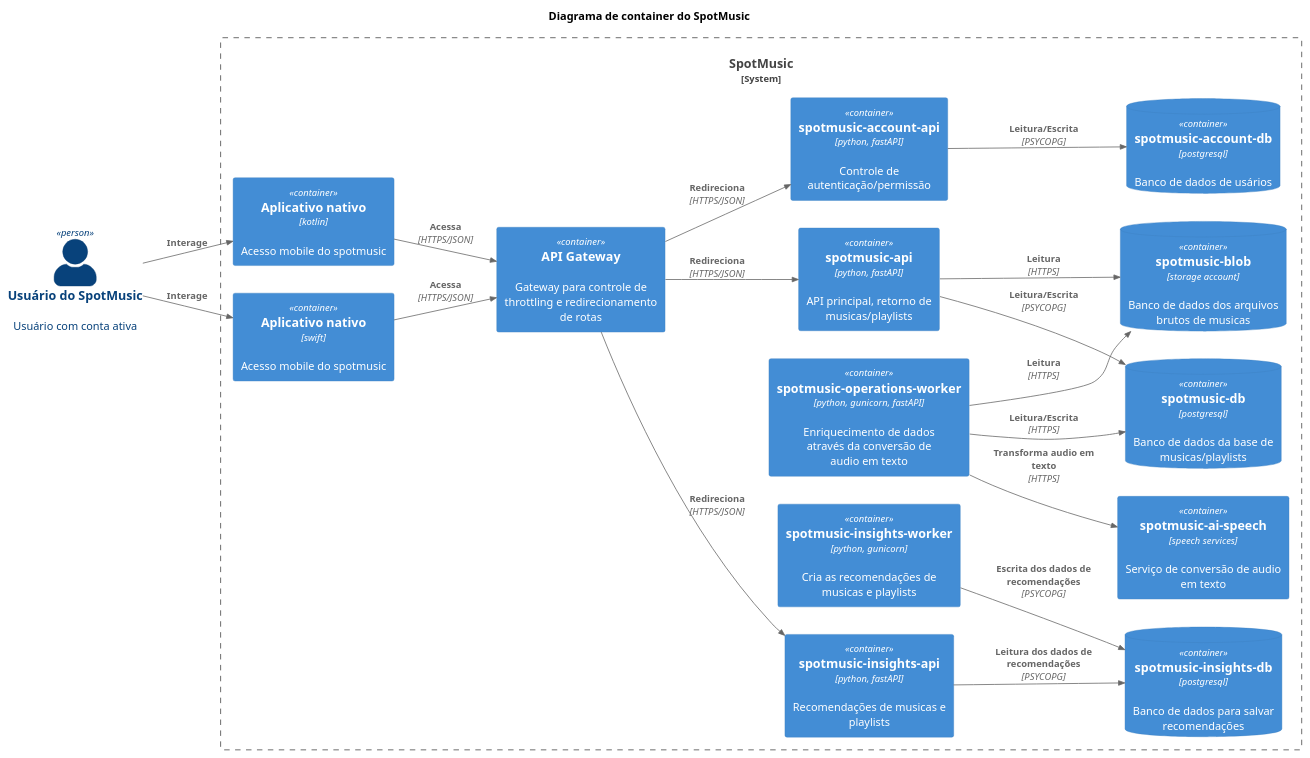
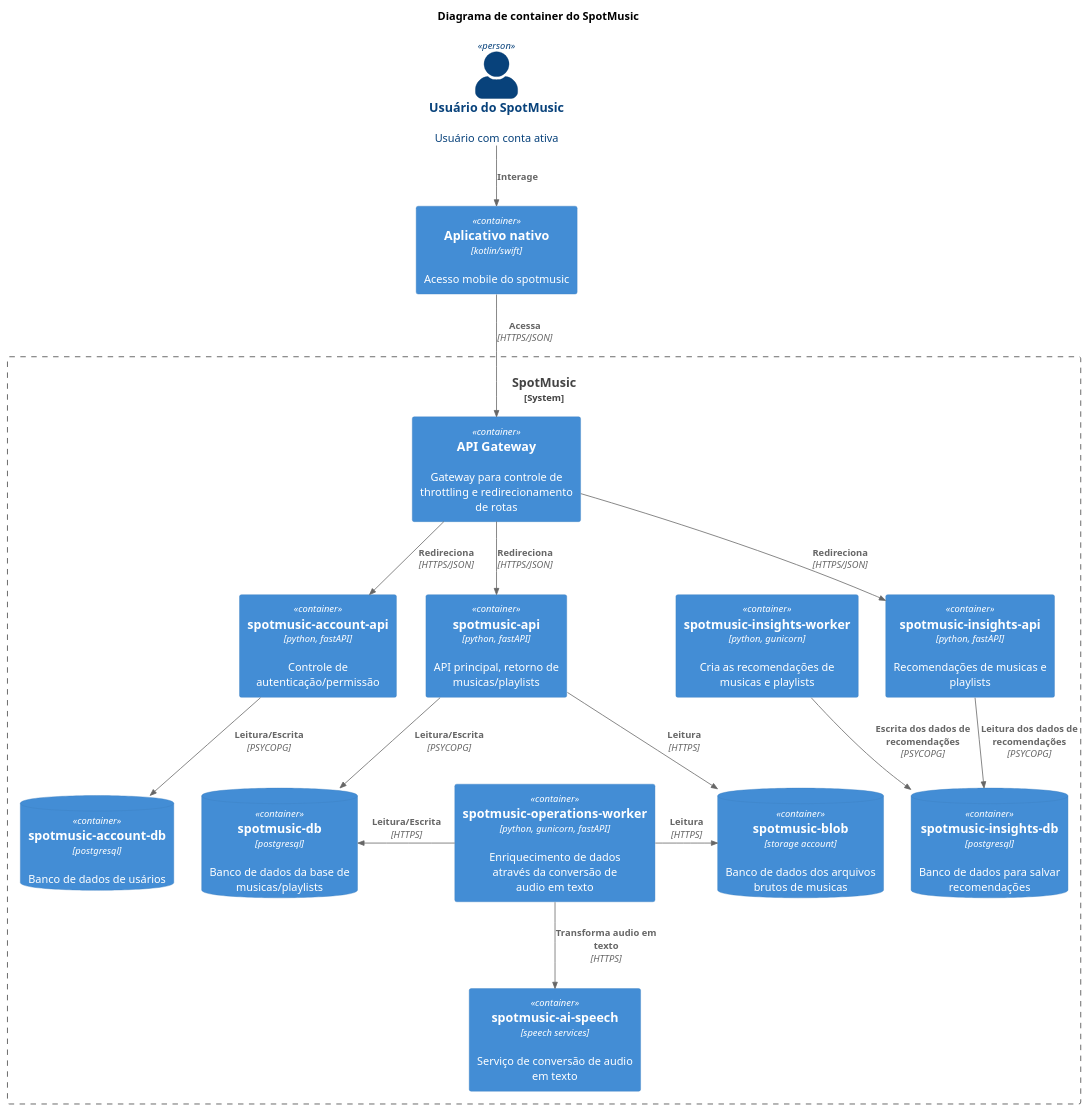
The diagram in c4/02_01_container.puml (spotmusic-grupo-9/spotmusic_docs), drawn with PlantUML before and after one commit.

Commit message:
docs: change container

```diff
--- a/c4/02_01_container.puml
+++ b/c4/02_01_container.puml
@@ -1,66 +1,62 @@
 @startuml
 !include https://raw.githubusercontent.com/plantuml-stdlib/C4-PlantUML/master/C4_Component.puml
 
-
 SHOW_PERSON_PORTRAIT()
-LAYOUT_LEFT_RIGHT()
+' LAYOUT_LEFT_RIGHT()
 
 title Diagrama de container do SpotMusic
 
 Person(usuario, "Usuário do SpotMusic", "Usuário com conta ativa")
+Container(sm_mobile, "Aplicativo nativo", "kotlin/swift", "Acesso mobile do spotmusic")
 
 System_Boundary(c1, "SpotMusic") {    
-    Container(sm_mobile_android, "Aplicativo nativo", "kotlin", "Acesso mobile do spotmusic")
-    Container(sm_mobile_ios, "Aplicativo nativo", "swift", "Acesso mobile do spotmusic")
+
 
     Container(sm_gateway, "API Gateway", "", "Gateway para controle de throttling e redirecionamento de rotas")
 
     Container(sm_account_api, "spotmusic-account-api", "python, fastAPI", "Controle de autenticação/permissão")
     ContainerDb(sm_account_db, "spotmusic-account-db", "postgresql", "Banco de dados de usários")
 
     Container(sm_api, "spotmusic-api", "python, fastAPI", "API principal, retorno de musicas/playlists")
     ContainerDb(sm_db, "spotmusic-db", "postgresql", "Banco de dados da base de musicas/playlists")
     ContainerDb(sm_blob, "spotmusic-blob", "storage account", "Banco de dados dos arquivos brutos de musicas")
 
     Container(sm_operations_worker, "spotmusic-operations-worker", "python, gunicorn, fastAPI", "Enriquecimento de dados através da conversão de audio em texto")
     Container(sm_ai_speech, "spotmusic-ai-speech", "speech services", "Serviço de conversão de audio em texto")
    
     Container(sm_insights_api, "spotmusic-insights-api", "python, fastAPI", "Recomendações de musicas e playlists")
     Container(sm_insights_worker, "spotmusic-insights-worker", "python, gunicorn", "Cria as recomendações de musicas e playlists")
     ContainerDb(sm_insights_db, "spotmusic-insights-db", "postgresql", "Banco de dados para salvar recomendações")        
 }
 
-Rel(usuario, sm_mobile_android, "Interage")
-Rel(usuario, sm_mobile_ios, "Interage")
-
-
-Rel(sm_mobile_android, sm_gateway, "Acessa", "HTTPS/JSON")
-Rel(sm_mobile_ios, sm_gateway, "Acessa", "HTTPS/JSON")
+Rel(usuario, sm_mobile, "Interage")
+Rel(sm_mobile, sm_gateway, "Acessa", "HTTPS/JSON")
 
 
 Rel(sm_gateway, sm_account_api, "Redireciona", "HTTPS/JSON")
 Rel(sm_gateway, sm_api, "Redireciona", "HTTPS/JSON")
+Rel(sm_gateway, sm_insights_api, "Redireciona", "HTTPS/JSON")
 
 Rel(sm_account_api, sm_account_db, "Leitura/Escrita", "PSYCOPG")
 
 Rel(sm_api, sm_db, "Leitura/Escrita", "PSYCOPG")
 Rel(sm_api, sm_blob, "Leitura", "HTTPS")
-Rel(sm_operations_worker, sm_blob, "Leitura", "HTTPS")
-Rel(sm_operations_worker, sm_db, "Leitura/Escrita", "HTTPS")
+Rel_Neighbor(sm_operations_worker, sm_blob, "Leitura", "HTTPS")
+Rel_Neighbor(sm_operations_worker, sm_db, "Leitura/Escrita", "HTTPS")
 Rel(sm_operations_worker, sm_ai_speech, "Transforma audio em texto", "HTTPS")
 
-Rel(sm_gateway, sm_insights_api, "Redireciona", "HTTPS/JSON")
+
 Rel(sm_insights_api, sm_insights_db, "Leitura dos dados de recomendações", "PSYCOPG")
 Rel(sm_insights_worker, sm_insights_db, "Escrita dos dados de recomendações", "PSYCOPG")
 
 
 
 ' Rel(sm_operations_api, sm_operations_db, "Leitura", "PSYCOPG")
 ' Rel(sm_operations_api, sm_operations_queue, "Publica mensagem de CRUD", "pull, json", $tags = "async")
 ' Rel_Neighbor(sm_operations_queue, sm_operations_worker, "Consome as mensages de CRUD", "pull, json", $tags = "async")
 ' Rel_Neighbor(sm_operations_queue, sm_search_api, "Consome as mensagens de CRUD para o ES", "webhook,json", $tags = "async")
 ' Rel(sm_operations_worker, sm_operations_db, "Escreve as alterações de CRUD no banco", "PSYCOPG")
 
 
 
 @enduml
```
